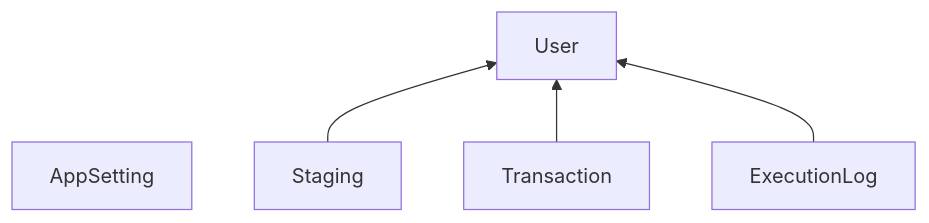
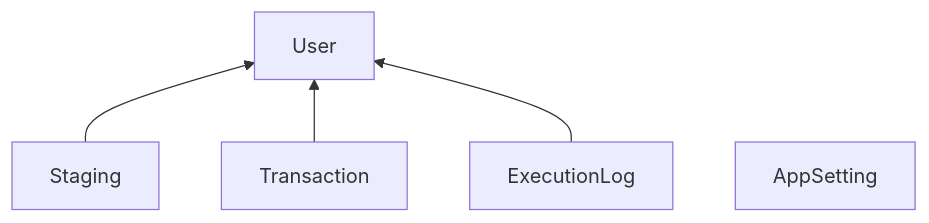
Before and after one commit to chucknewmanjr/PerformanceExperiment: the diagram in README.md, drawn with Mermaid. The commit also changed other lines of this file, not shown here.

````diff
--- a/README.md
+++ b/README.md
@@ -21,7 +21,7 @@
 ```mermaid
 	graph BT;
-	a[AppSetting];
 	b[Staging] --> u[User]
 	c[Transaction] --> u[User]
 	d[ExecutionLog] --> u[User]
+	a[AppSetting];
 ```
````
